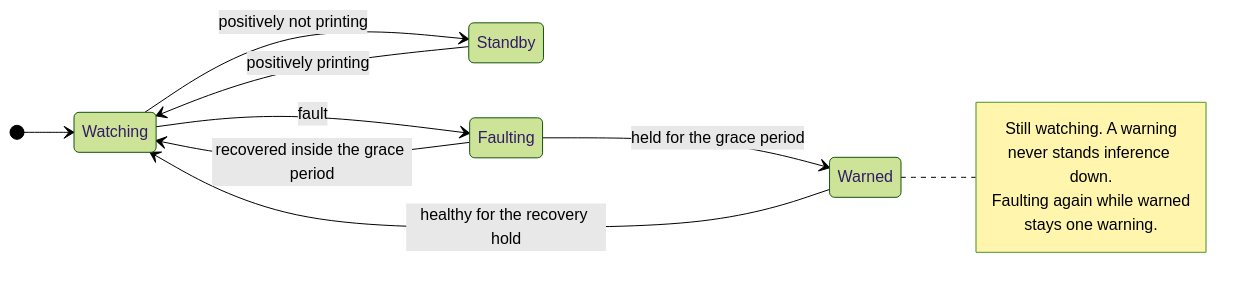
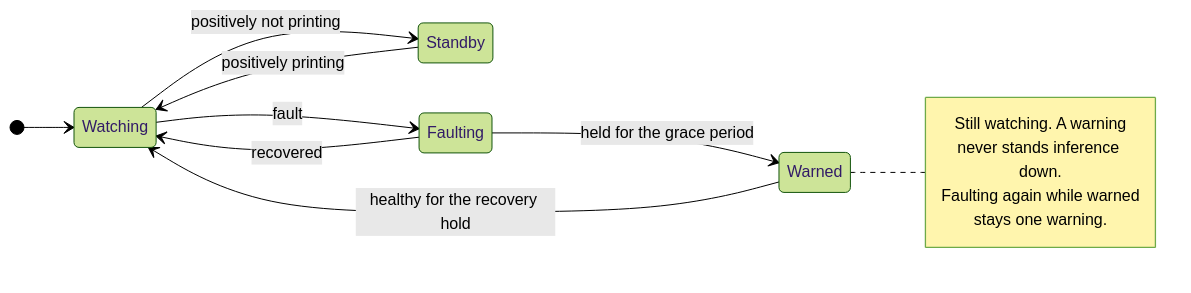
The fourth of 5 diagrams in docs/architecture.md (oliverbravery/PrintGuard), drawn with Mermaid (forest theme) before and after one commit. The commit also changed other lines of this file and 46 other files, not shown here.

````diff
--- a/docs/architecture.md
+++ b/docs/architecture.md
@@ -551,17 +342,17 @@
 ```mermaid
 stateDiagram-v2
     direction LR
     [*] --> Watching
     Standby --> Watching: positively printing
     Watching --> Standby: positively not printing
     Watching --> Faulting: fault
-    Faulting --> Watching: recovered inside the grace period
+    Faulting --> Watching: recovered
     Faulting --> Warned: held for the grace period
     Warned --> Watching: healthy for the recovery hold
     note right of Warned
         Still watching. A warning
         never stands inference down.
         Faulting again while warned
         stays one warning.
     end note
 ```
````
